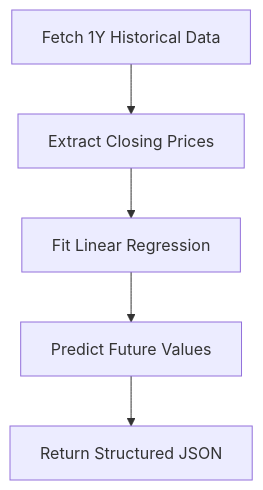
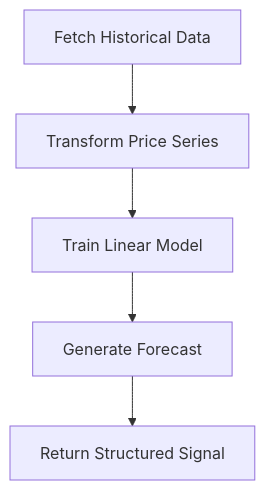
The third of 3 diagrams in readme.md (TaherFakri/ascella-intelligence), drawn with Mermaid before and after one commit. The commit also changed other lines of this file, not shown here.

````diff
--- a/readme.md
+++ b/readme.md
@@ -80,10 +85,10 @@
 ```mermaid
 flowchart TD
-    A[Fetch 1Y Historical Data]
-    B[Extract Closing Prices]
-    C[Fit Linear Regression]
-    D[Predict Future Values]
-    E[Return Structured JSON]
+    A[Fetch Historical Data]
+    B[Transform Price Series]
+    C[Train Linear Model]
+    D[Generate Forecast]
+    E[Return Structured Signal]
 
     A --> B --> C --> D --> E
 ```
````
